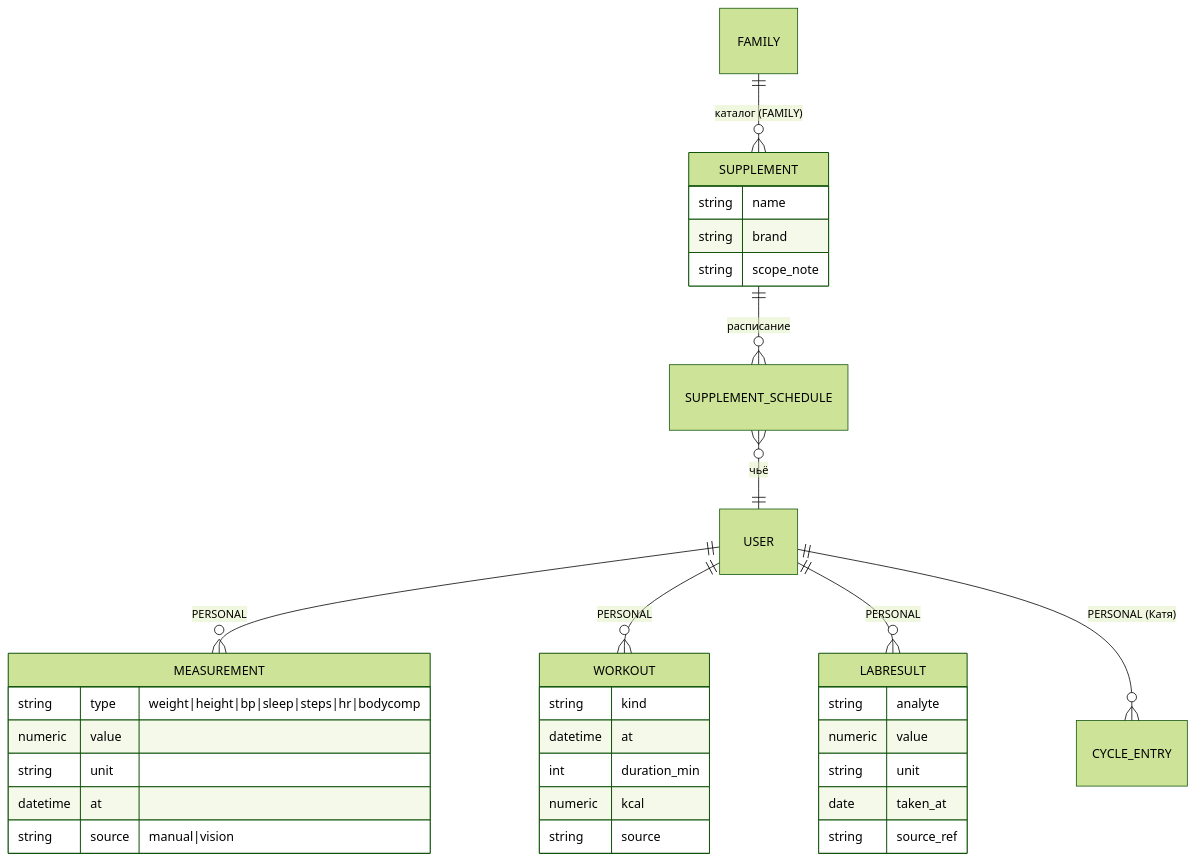
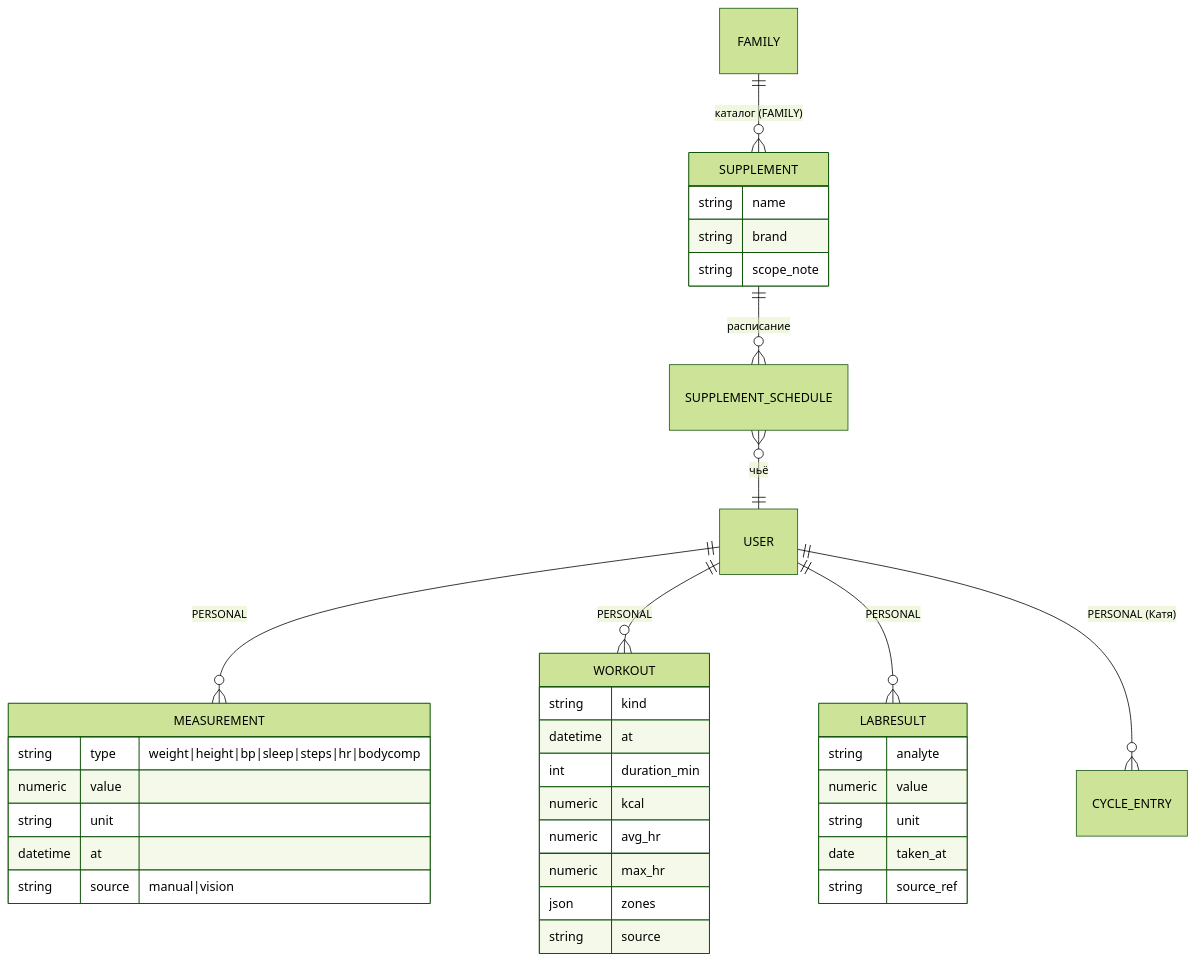
One commit to SkeiLeinux/Assistent_bot changed the diagram in docs/06_program/stage-3-health.md. Above: the diagram before and after it, drawn with Mermaid (forest theme). The commit also changed other lines of this file and 32 other files, not shown here.

````diff
--- a/docs/06_program/stage-3-health.md
+++ b/docs/06_program/stage-3-health.md
@@ -32,15 +32,15 @@
 ```mermaid
 erDiagram
   USER ||--o{ MEASUREMENT : "PERSONAL"
   USER ||--o{ WORKOUT : "PERSONAL"
   FAMILY ||--o{ SUPPLEMENT : "каталог (FAMILY)"
   SUPPLEMENT ||--o{ SUPPLEMENT_SCHEDULE : "расписание"
   SUPPLEMENT_SCHEDULE }o--|| USER : "чьё"
   USER ||--o{ LABRESULT : "PERSONAL"
   USER ||--o{ CYCLE_ENTRY : "PERSONAL (Катя)"
 
   MEASUREMENT { string type "weight|height|bp|sleep|steps|hr|bodycomp" numeric value string unit datetime at string source "manual|vision" }
-  WORKOUT { string kind datetime at int duration_min numeric kcal string source }
+  WORKOUT { string kind datetime at int duration_min numeric kcal numeric avg_hr numeric max_hr json zones string source }
   SUPPLEMENT { string name string brand string scope_note }
   LABRESULT { string analyte numeric value string unit date taken_at string source_ref }
 ```
````
